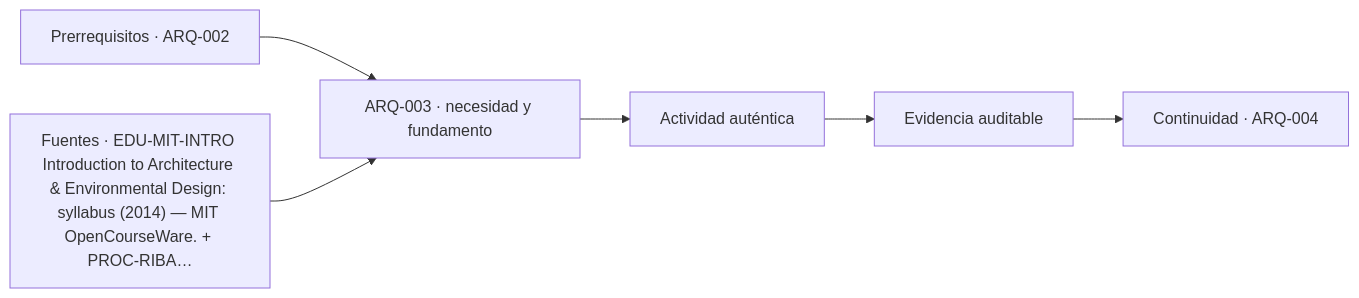
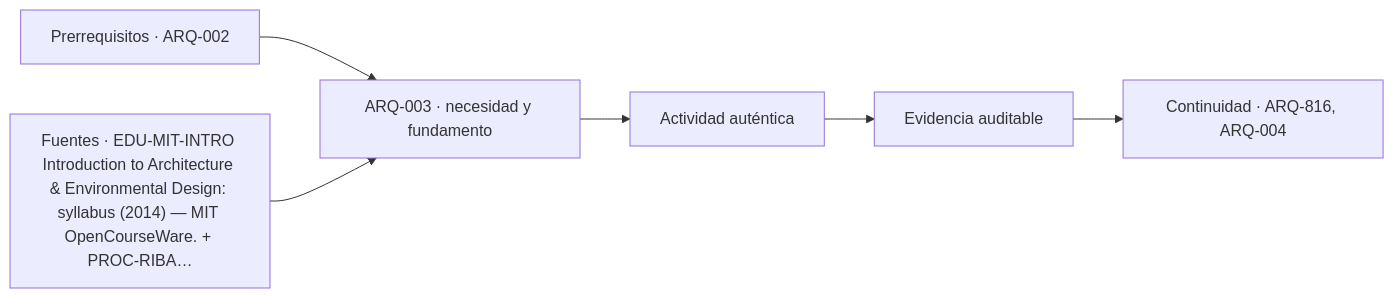
Before and after one commit to vladimiracunadev-create/architecture-built-environment-learning-program: the diagram in classes/parte-01/ARQ-003.md, drawn with Mermaid. The commit also changed other lines of this file and 234 other files, not shown here.

````diff
--- a/classes/parte-01/ARQ-003.md
+++ b/classes/parte-01/ARQ-003.md
@@ -93,8 +93,8 @@
 ```mermaid
 flowchart LR
     A["Prerrequisitos · ARQ-002"] --> B["ARQ-003 · necesidad y fundamento"]
     S["Fuentes · EDU-MIT-INTRO Introduction to Architecture & Environmental Design: syllabus (2014) — MIT OpenCourseWare. + PROC-RIBA…"] --> B
     B --> C["Actividad auténtica"]
     C --> D["Evidencia auditable"]
-    D --> E["Continuidad · ARQ-004"]
+    D --> E["Continuidad · ARQ-816, ARQ-004"]
 ```
````
